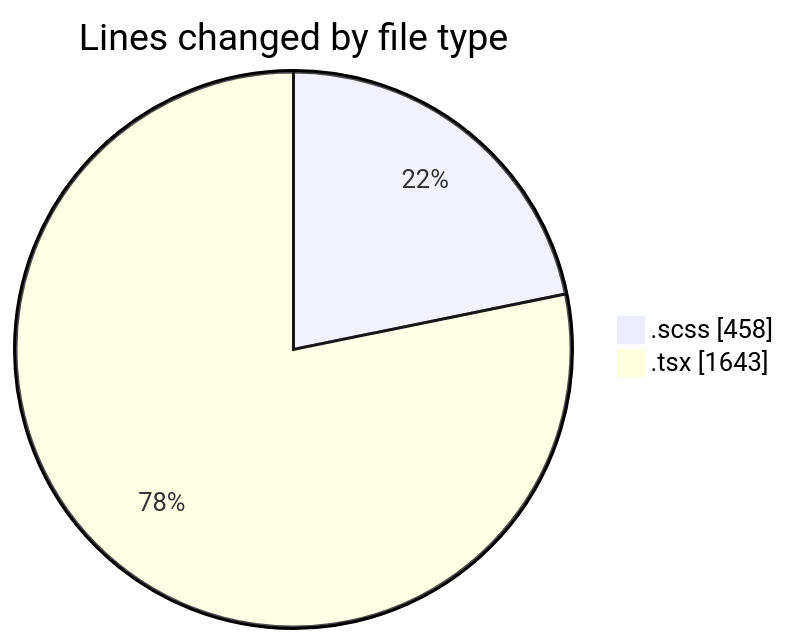
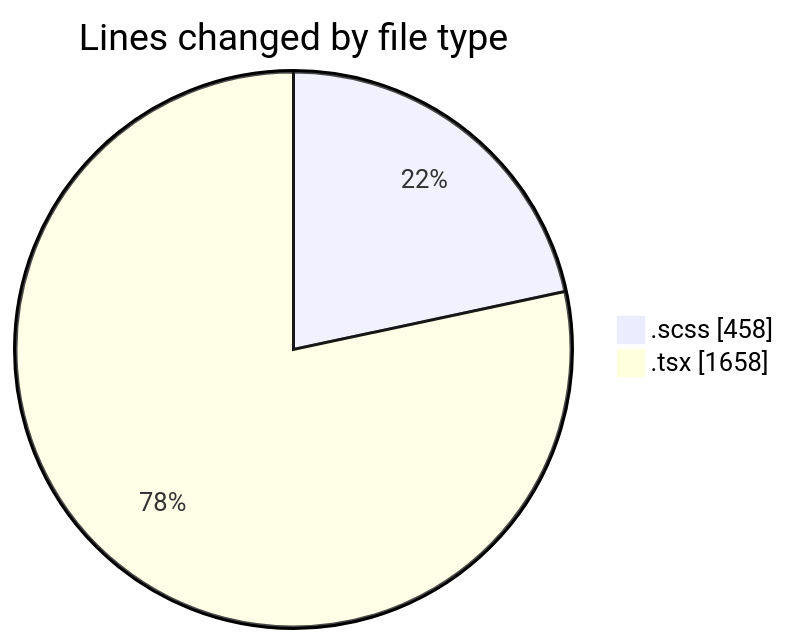
One commit to momahboobian/code-tracking changed the first of 2 diagrams in 2025-08-28/cda/README.md. Above: the diagram before and after it, drawn with Mermaid. The commit also changed other lines of this file and 1 other file, not shown here.

````diff
--- a/2025-08-28/cda/README.md
+++ b/2025-08-28/cda/README.md
@@ -26,6 +26,6 @@
 ```mermaid
 pie showData
 title Lines changed by file type
 ".scss" : 458
-".tsx" : 1643
+".tsx" : 1658
 ```
````
